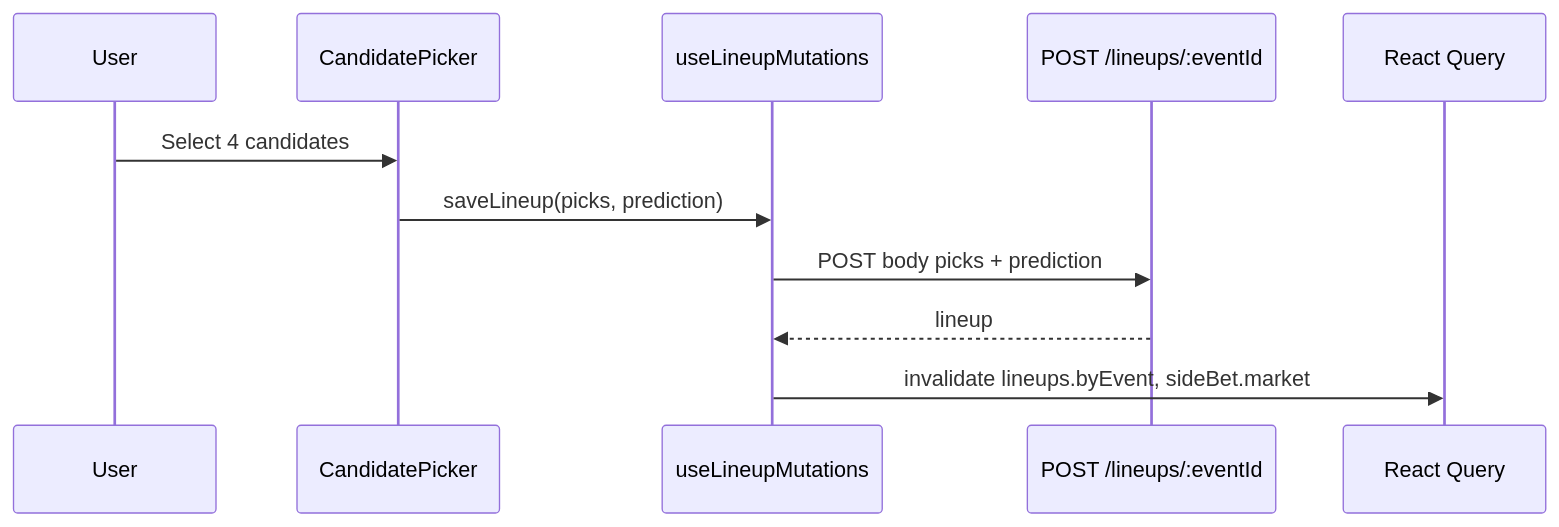
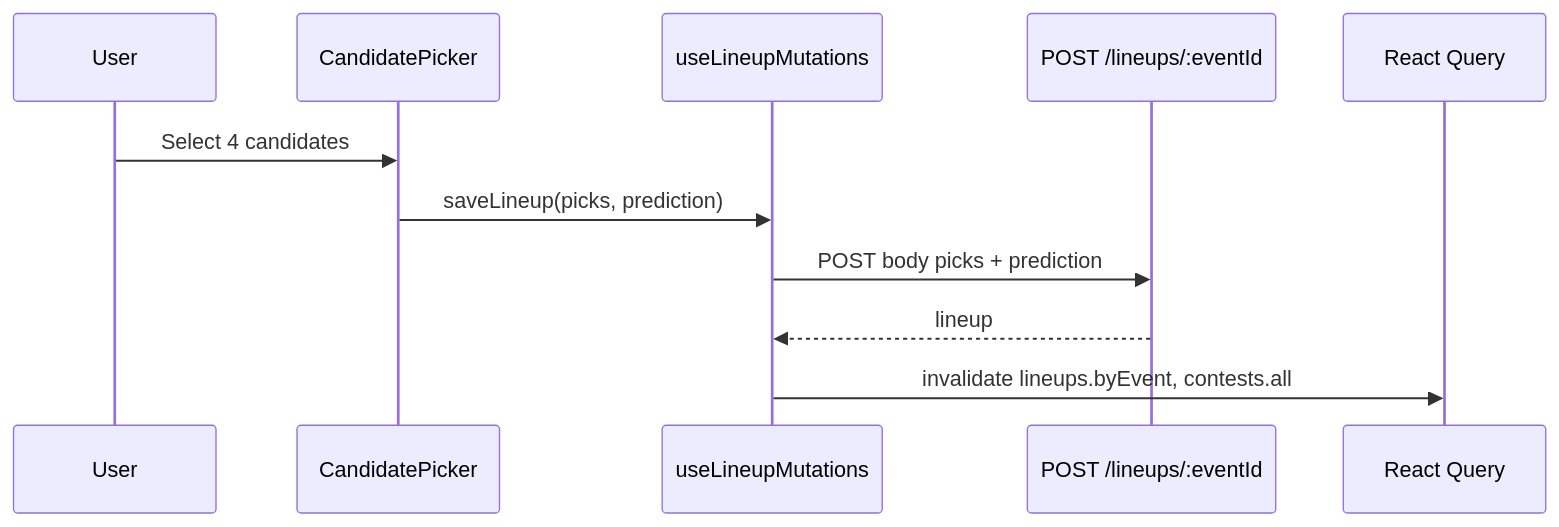
One commit to MagRelo/cut changed the second of 5 diagrams in spec/client/data-flow.md. Above: the diagram before and after it, drawn with Mermaid. The commit also changed other lines of this file and 135 other files, not shown here.

First line of the commit message:
Refactor side bet components and remove related logic

````diff
--- a/spec/client/data-flow.md
+++ b/spec/client/data-flow.md
@@ -63,14 +62,14 @@
 ```mermaid
 sequenceDiagram
   participant User
   participant Picker as CandidatePicker
   participant Hook as useLineupMutations
   participant API as POST /lineups/:eventId
   participant RQ as React Query
 
   User->>Picker: Select 4 candidates
   Picker->>Hook: saveLineup(picks, prediction)
   Hook->>API: POST body picks + prediction
   API-->>Hook: lineup
-  Hook->>RQ: invalidate lineups.byEvent, sideBet.market
+  Hook->>RQ: invalidate lineups.byEvent, contests.all
 ```
````
